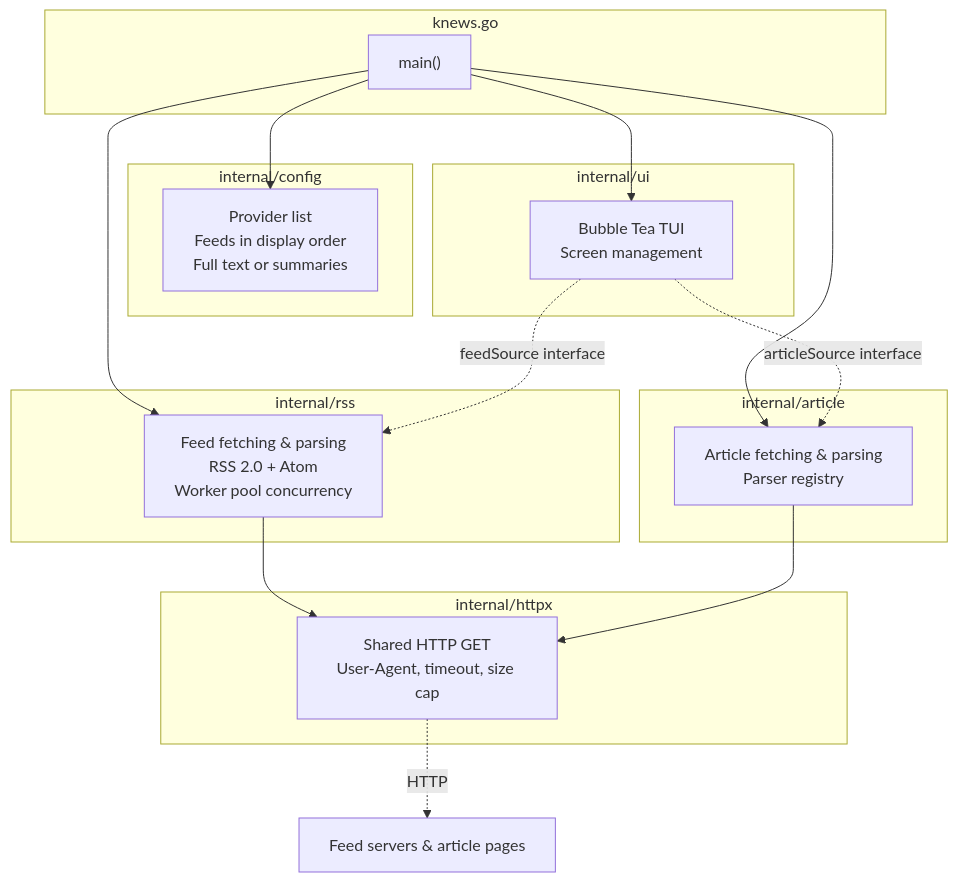
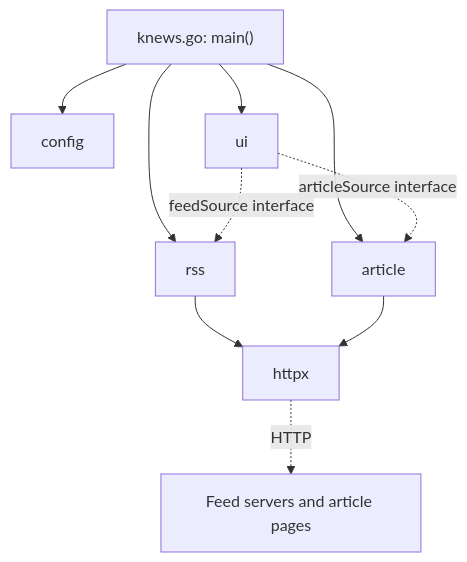
The first of 2 diagrams in ARCHITECTURE.md (kralkapoor/knews), drawn with Mermaid before and after one commit. The commit also changed other lines of this file and 32 other files, not shown here.

````diff
--- a/ARCHITECTURE.md
+++ b/ARCHITECTURE.md
@@ -22,36 +23,12 @@
 ```mermaid
 graph TB
-    subgraph knews.go
-        main["main()"]
-    end
-
-    subgraph "internal/config"
-        config["Provider list<br/>Feeds in display order<br/>Full text or summaries"]
-    end
-
-    subgraph "internal/httpx"
-        httpx["Shared HTTP GET<br/>User-Agent, timeout, size cap"]
-    end
-
-    subgraph "internal/rss"
-        rss["Feed fetching & parsing<br/>RSS 2.0 + Atom<br/>Worker pool concurrency"]
-    end
-
-    subgraph "internal/article"
-        article["Article fetching & parsing<br/>Parser registry"]
-    end
-
-    subgraph "internal/ui"
-        ui["Bubble Tea TUI<br/>Screen management"]
-    end
-
-    main --> config
+    main["knews.go: main()"] --> config
     main --> rss
     main --> article
     main --> ui
     rss --> httpx
     article --> httpx
-    ui -.->|"feedSource interface"| rss
-    ui -.->|"articleSource interface"| article
-    httpx -.->|"HTTP"| Internet["Feed servers & article pages"]
+    ui -.-> |"feedSource interface"| rss
+    ui -.-> |"articleSource interface"| article
+    httpx -.-> |"HTTP"| Internet["Feed servers and article pages"]
 ```
````
